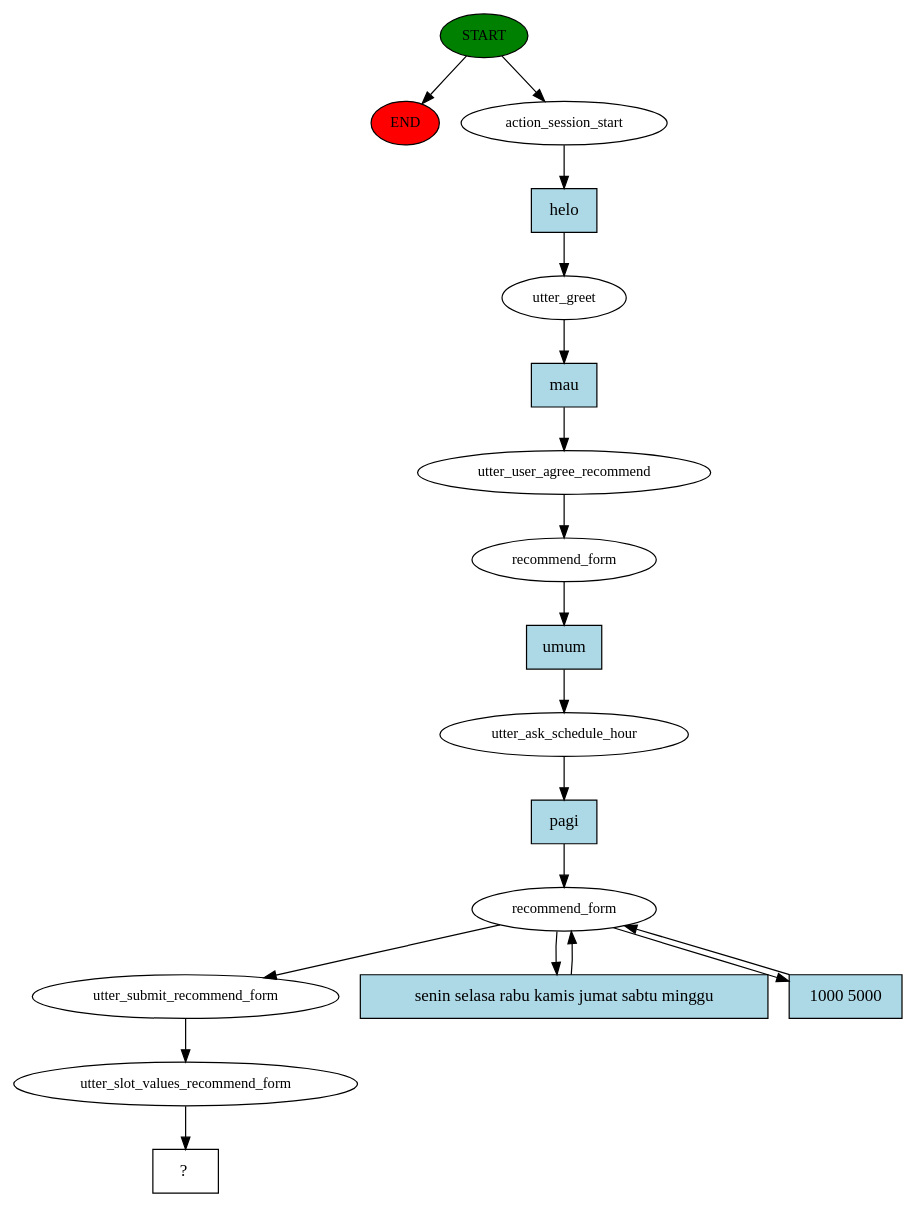
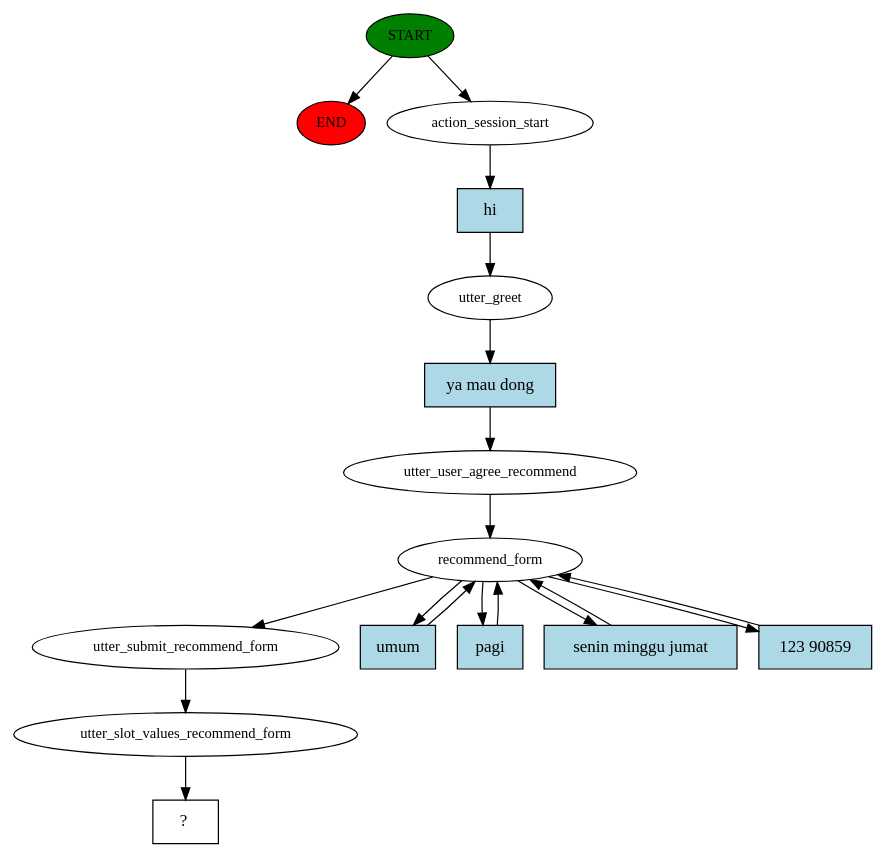
One commit to reykim7124/chatbot_recsys_museum changed the diagram in story_graph.dot. Above: the diagram before and after it, drawn with Graphviz. The commit also changed 4 other files, not shown here.

```diff
--- a/story_graph.dot
+++ b/story_graph.dot
@@ -1,37 +1,35 @@
 digraph  {
 0 [class="start active", fillcolor=green, fontsize=12, label=START, style=filled];
 "-1" [class=end, fillcolor=red, fontsize=12, label=END, style=filled];
 1 [class=active, fontsize=12, label=action_session_start];
 2 [class=active, fontsize=12, label=utter_greet];
 3 [class=active, fontsize=12, label=utter_user_agree_recommend];
 4 [class=active, fontsize=12, label=recommend_form];
-5 [class=active, fontsize=12, label=utter_ask_schedule_hour];
-6 [class=active, fontsize=12, label=recommend_form];
 9 [class=active, fontsize=12, label=utter_submit_recommend_form];
 10 [class=active, fontsize=12, label=utter_slot_values_recommend_form];
 11 [class="intent dashed active", label="  ?  ", shape=rect];
-12 [class="intent active", fillcolor=lightblue, label=helo, shape=rect, style=filled];
-13 [class="intent active", fillcolor=lightblue, label=mau, shape=rect, style=filled];
+12 [class="intent active", fillcolor=lightblue, label=hi, shape=rect, style=filled];
+13 [class="intent active", fillcolor=lightblue, label="ya mau dong", shape=rect, style=filled];
 14 [class="intent active", fillcolor=lightblue, label=umum, shape=rect, style=filled];
 15 [class="intent active", fillcolor=lightblue, label=pagi, shape=rect, style=filled];
-16 [class="intent active", fillcolor=lightblue, label="senin selasa rabu kamis jumat sabtu minggu", shape=rect, style=filled];
-17 [class="intent active", fillcolor=lightblue, label="1000 5000", shape=rect, style=filled];
+16 [class="intent active", fillcolor=lightblue, label="senin minggu jumat", shape=rect, style=filled];
+17 [class="intent active", fillcolor=lightblue, label="123 90859", shape=rect, style=filled];
 0 -> "-1"  [class="", key=NONE, label=""];
 0 -> 1  [class=active, key=NONE, label=""];
 1 -> 12  [class=active, key=0];
 2 -> 13  [class=active, key=0];
 3 -> 4  [class=active, key=NONE, label=""];
+4 -> 9  [class=active, key=NONE, label=""];
 4 -> 14  [class=active, key=0];
-5 -> 15  [class=active, key=0];
-6 -> 9  [class=active, key=NONE, label=""];
-6 -> 16  [class=active, key=0];
-6 -> 17  [class=active, key=0];
+4 -> 15  [class=active, key=0];
+4 -> 16  [class=active, key=0];
+4 -> 17  [class=active, key=0];
 9 -> 10  [class=active, key=NONE, label=""];
 10 -> 11  [class=active, key=NONE, label=""];
 12 -> 2  [class=active, key=0];
 13 -> 3  [class=active, key=0];
-14 -> 5  [class=active, key=0];
-15 -> 6  [class=active, key=0];
-16 -> 6  [class=active, key=0];
-17 -> 6  [class=active, key=0];
+14 -> 4  [class=active, key=0];
+15 -> 4  [class=active, key=0];
+16 -> 4  [class=active, key=0];
+17 -> 4  [class=active, key=0];
 }
```
